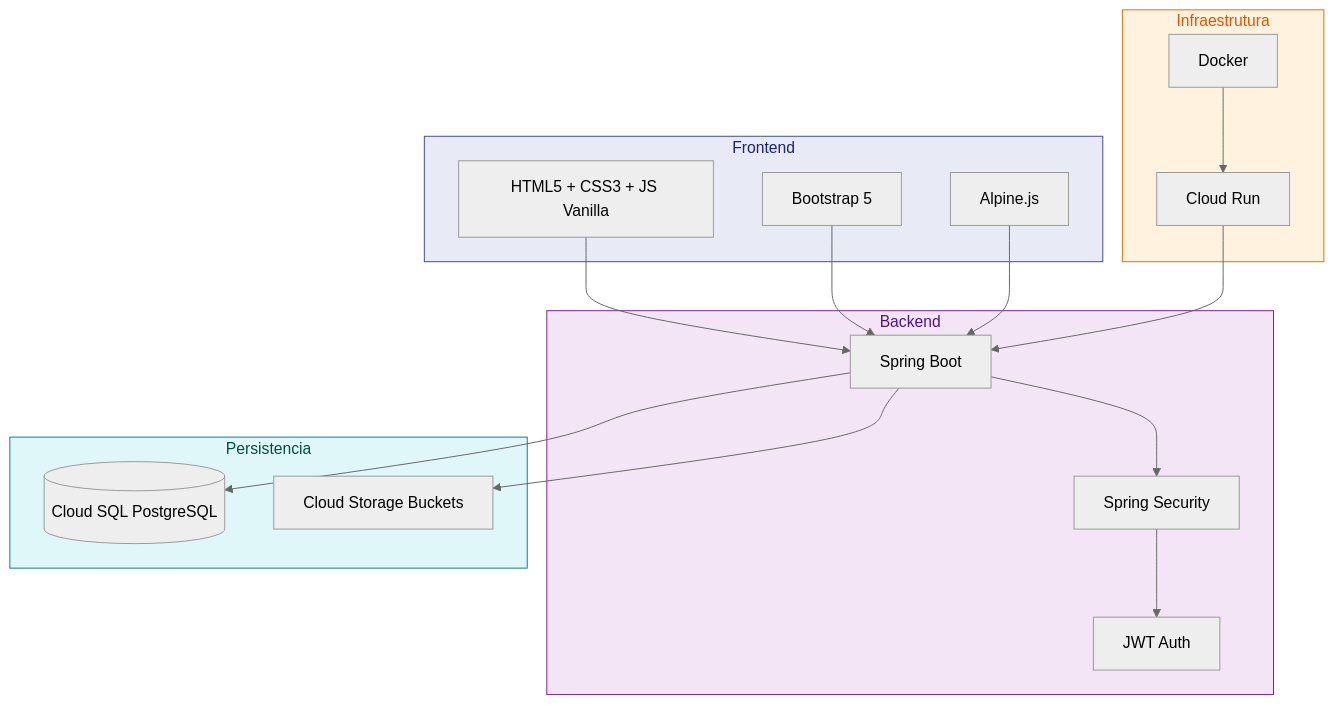
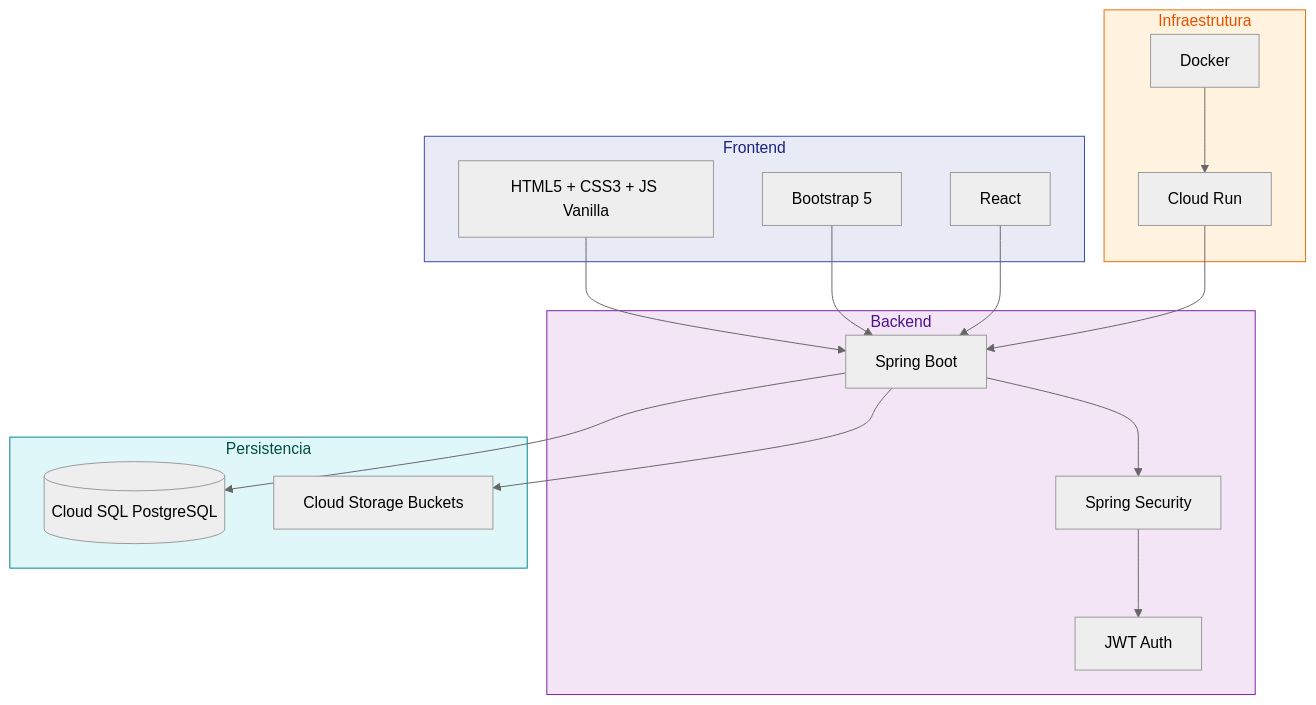
One commit to pedrohpsantos/EdTech changed the first of 2 diagrams in docs/arquitetura/stack.md. Above: the diagram before and after it, drawn with Mermaid (neutral theme). The commit also changed other lines of this file and 21 other files, not shown here.

````diff
--- a/docs/arquitetura/stack.md
+++ b/docs/arquitetura/stack.md
@@ -9,39 +9,39 @@
 ```mermaid
 graph TB
     subgraph Cliente["Frontend"]
         A[HTML5 + CSS3 + JS Vanilla]
         B[Bootstrap 5]
-        C[Alpine.js]
+        C[React]
     end
 
     subgraph Servidor["Backend"]
         D[Spring Boot]
         E[Spring Security]
         F[JWT Auth]
     end
 
     subgraph Dados["Persistencia"]
         G[(Cloud SQL PostgreSQL)]
         H[Cloud Storage Buckets]
     end
 
     subgraph Infra["Infraestrutura"]
         I[Docker]
         J[Cloud Run]
     end
 
     A --> D
     B --> D
     C --> D
     D --> E
     E --> F
     D --> G
     D --> H
     I --> J
     J --> D
 
     style Cliente fill:#e8eaf6,stroke:#3949ab,color:#1a237e
     style Servidor fill:#f3e5f5,stroke:#7b1fa2,color:#4a148c
     style Dados fill:#e0f7fa,stroke:#00838f,color:#004d40
     style Infra fill:#fff3e0,stroke:#ef6c00,color:#e65100
 ```
````
